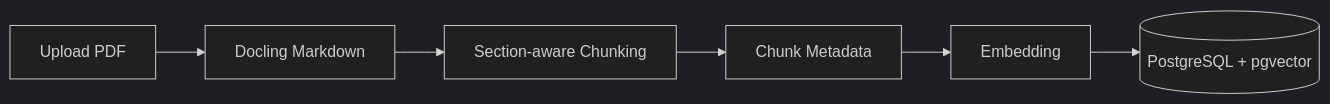
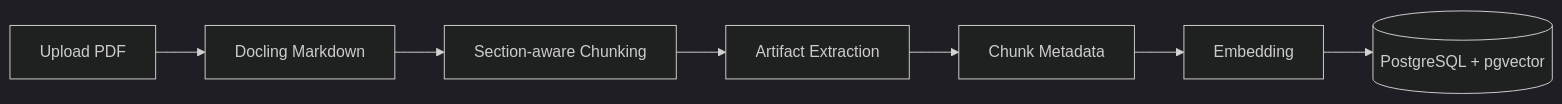
The second of 7 diagrams in README.md (zebir-sir/agentic-rag-paper-assistant), drawn with Mermaid (dark theme) before and after one commit. The commit also changed other lines of this file and 32 other files, not shown here.

````diff
--- a/README.md
+++ b/README.md
@@ -160,8 +201,9 @@
 ```mermaid
 flowchart LR
     A[Upload PDF] --> B[Docling Markdown]
     B --> C[Section-aware Chunking]
-    C --> D[Chunk Metadata]
-    D --> E[Embedding]
-    E --> F[(PostgreSQL + pgvector)]
+    C --> D[Artifact Extraction]
+    D --> E[Chunk Metadata]
+    E --> F[Embedding]
+    F --> G[(PostgreSQL + pgvector)]
 ```
````
